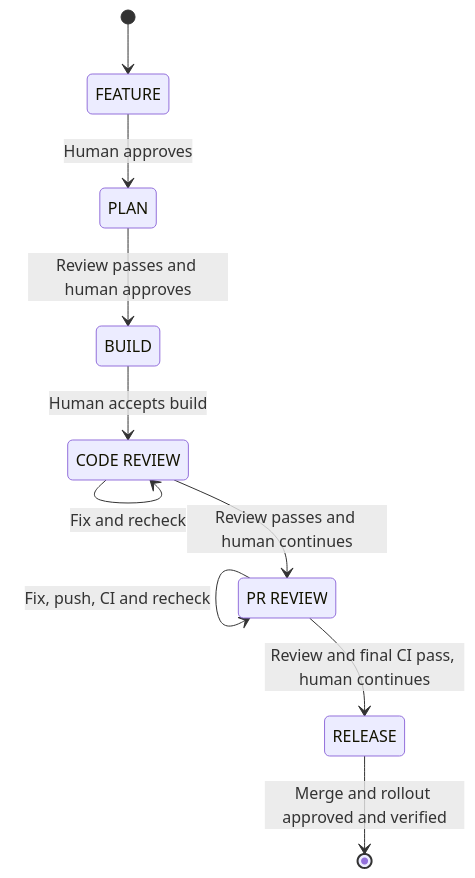
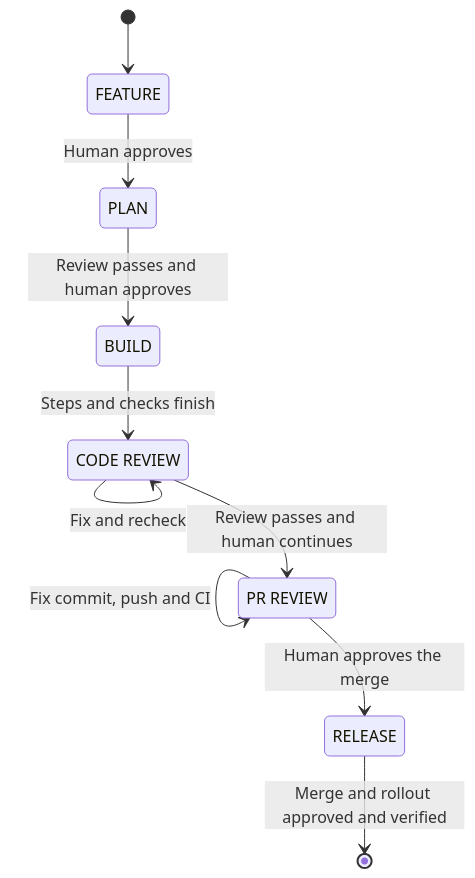
The diagram in plugins/workflow/skills/feature/README.md (tab/skills), drawn with Mermaid before and after one commit. The commit also changed other lines of this file and 49 other files, not shown here.

````diff
--- a/plugins/workflow/skills/feature/README.md
+++ b/plugins/workflow/skills/feature/README.md
@@ -10,15 +10,15 @@
 ```mermaid
 stateDiagram-v2
     state "CODE REVIEW" as CODE_REVIEW
     state "PR REVIEW" as PR_REVIEW
 
     [*] --> FEATURE
     FEATURE --> PLAN: Human approves
     PLAN --> BUILD: Review passes and human approves
-    BUILD --> CODE_REVIEW: Human accepts build
+    BUILD --> CODE_REVIEW: Steps and checks finish
     CODE_REVIEW --> CODE_REVIEW: Fix and recheck
     CODE_REVIEW --> PR_REVIEW: Review passes and human continues
-    PR_REVIEW --> PR_REVIEW: Fix, push, CI and recheck
-    PR_REVIEW --> RELEASE: Review and final CI pass, human continues
+    PR_REVIEW --> PR_REVIEW: Fix commit, push and CI
+    PR_REVIEW --> RELEASE: Human approves the merge
     RELEASE --> [*]: Merge and rollout approved and verified
 ```
````
